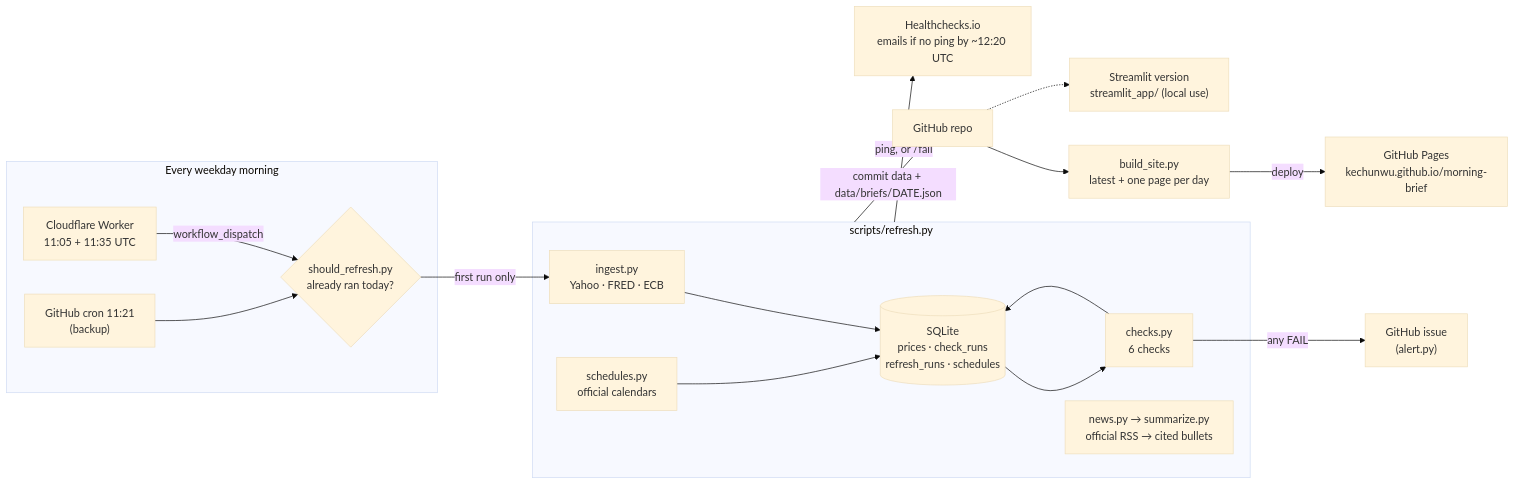
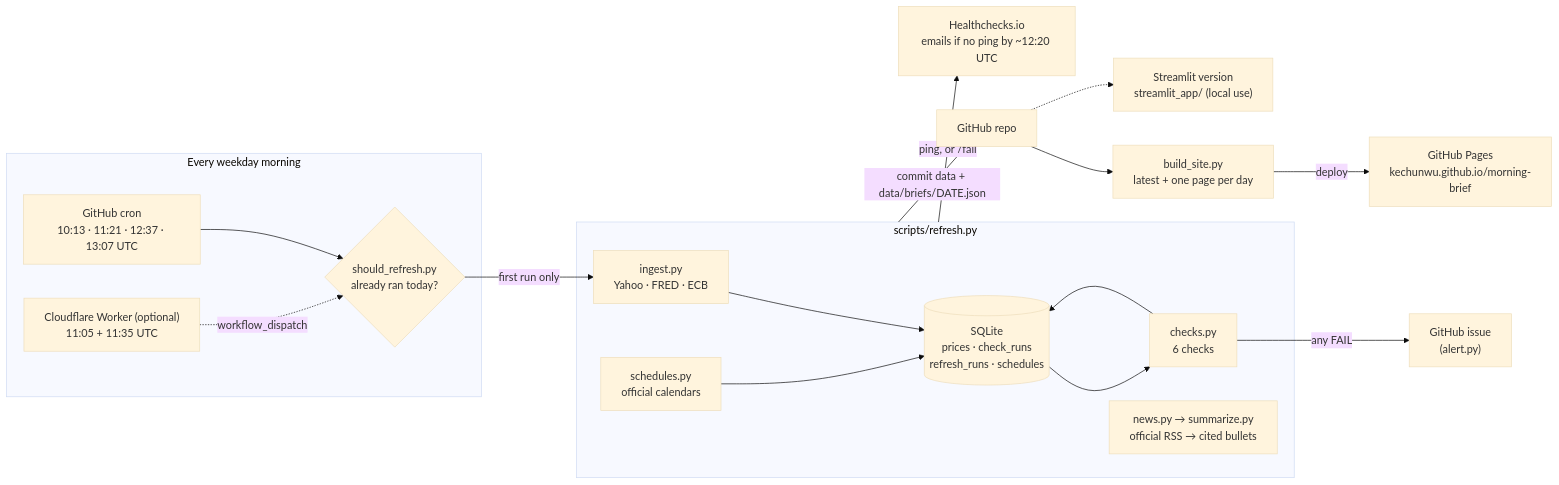
The diagram in README.md (KC31415/morning-brief), drawn with Mermaid (base theme) before and after one commit. The commit also changed other lines of this file and 2 other files, not shown here.

First line of the commit message:
Try the pre-open refresh four times on GitHub's cron instead of once

````diff
--- a/README.md
+++ b/README.md
@@ -61,22 +61,22 @@
 ```mermaid
 flowchart LR
     subgraph trigger["Every weekday morning"]
-        W["Cloudflare Worker<br/>11:05 + 11:35 UTC"] -->|workflow_dispatch| G
-        C["GitHub cron 11:21<br/>(backup)"] --> G
+        C["GitHub cron<br/>10:13 · 11:21 · 12:37 · 13:07 UTC"] --> G
+        W["Cloudflare Worker (optional)<br/>11:05 + 11:35 UTC"] -.->|workflow_dispatch| G
         G{"should_refresh.py<br/>already ran today?"}
     end
     G -->|first run only| R
     subgraph pipeline["scripts/refresh.py"]
         R["ingest.py<br/>Yahoo · FRED · ECB"] --> DB[("SQLite<br/>prices · check_runs<br/>refresh_runs · schedules")]
         DB --> K["checks.py<br/>6 checks"]
         K --> DB
         N["news.py → summarize.py<br/>official RSS → cited bullets"]
         S["schedules.py<br/>official calendars"] --> DB
     end
     K -->|any FAIL| I["GitHub issue<br/>(alert.py)"]
     pipeline -->|"commit data + data/briefs/DATE.json"| GH["GitHub repo"]
     pipeline -->|ping, or /fail| HC["Healthchecks.io<br/>emails if no ping by ~12:20 UTC"]
     GH --> B["build_site.py<br/>latest + one page per day"]
     B -->|deploy| P["GitHub Pages<br/>kechunwu.github.io/morning-brief"]
     GH -.-> APP["Streamlit version<br/>streamlit_app/ (local use)"]
 ```
````
